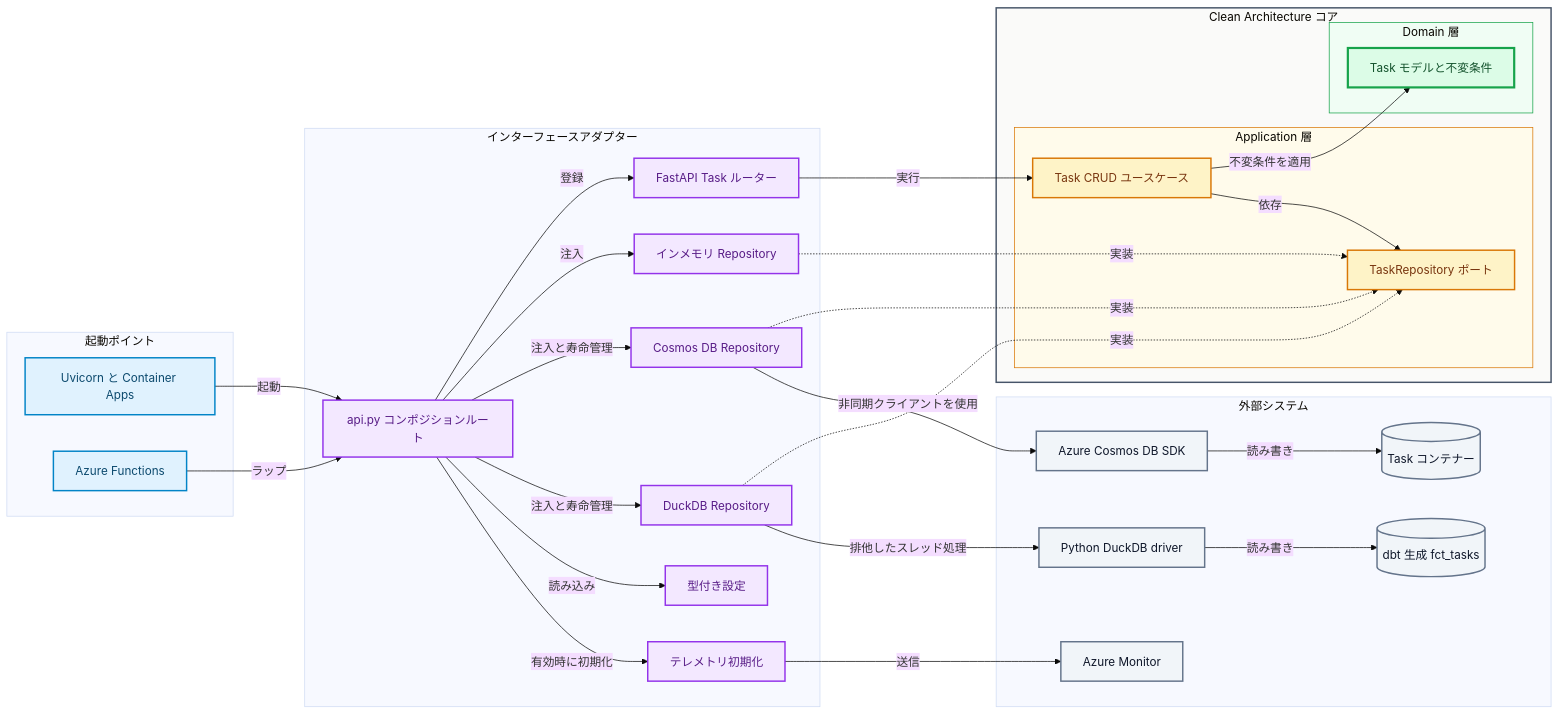
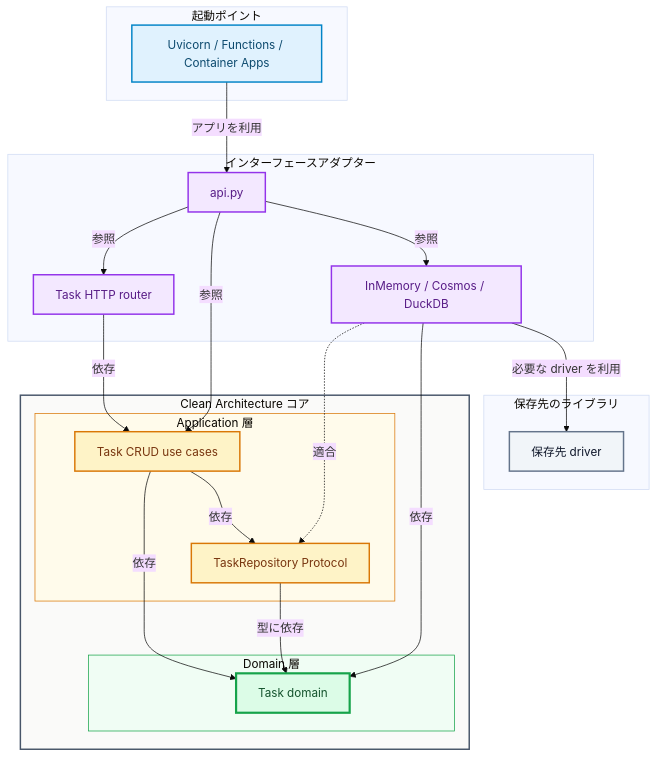
The first of 3 diagrams in docs/architecture/index.ja.md (ks6088ts-labs/template-azure-python), drawn with Mermaid (base theme) before and after one commit. The commit also changed other lines of this file and 9 other files, not shown here.

First line of the commit message:
Enhance documentation for DuckDB and Cosmos integration

````diff
--- a/docs/architecture/index.ja.md
+++ b/docs/architecture/index.ja.md
@@ -35,69 +42,49 @@
 ```mermaid
-flowchart LR
+flowchart TD
     subgraph ApiEntrypoints["起動ポイント"]
-        launcher["Uvicorn と Container Apps"]
-        functions["Azure Functions"]
+        entry["Uvicorn / Functions / Container Apps"]
+    end
+    subgraph ApiOuter["インターフェースアダプター"]
+        api["api.py"]
+        http["Task HTTP router"]
+        repos["InMemory / Cosmos / DuckDB"]
+    end
+    subgraph ApiCore["Clean Architecture コア"]
+        subgraph ApiApplication["Application 層"]
+            usecases["Task CRUD use cases"]
+            port["TaskRepository Protocol"]
+        end
+        subgraph ApiDomain["Domain 層"]
+            domain["Task domain"]
+        end
+    end
+    subgraph ApiExternal["保存先のライブラリ"]
+        drivers["保存先 driver"]
     end
 
-    subgraph ApiOuter["インターフェースアダプター"]
-        api["api.py コンポジションルート"]
-        http["FastAPI Task ルーター"]
-        memory["インメモリ Repository"]
-        cosmos["Cosmos DB Repository"]
-        duck["DuckDB Repository"]
-        telemetry["テレメトリ初期化"]
-        settings["型付き設定"]
-    end
-
-    subgraph ApiCore["Clean Architecture コア"]
-        subgraph ApiApplication["Application 層"]
-            usecases["Task CRUD ユースケース"]
-            port["TaskRepository ポート"]
-        end
-        subgraph ApiDomain["Domain 層"]
-            domain["Task モデルと不変条件"]
-        end
-    end
-
-    subgraph ApiExternal["外部システム"]
-        cosmossdk["Azure Cosmos DB SDK"]
-        data[("Task コンテナー")]
-        duckdriver["Python DuckDB driver"]
-        duckdata[("dbt 生成 fct_tasks")]
-        monitor["Azure Monitor"]
-    end
-
-    launcher -->|"起動"| api
-    functions -->|"ラップ"| api
-    api -->|"登録"| http
-    http -->|"実行"| usecases
-    usecases -->|"不変条件を適用"| domain
+    entry -->|"アプリを利用"| api
+    api -->|"参照"| http
+    api -->|"参照"| usecases
+    api -->|"参照"| repos
+    http -->|"依存"| usecases
+    usecases -->|"依存"| domain
     usecases -->|"依存"| port
-    api -->|"注入"| memory
-    api -->|"注入と寿命管理"| cosmos
-    api -->|"注入と寿命管理"| duck
-    memory -.->|"実装"| port
-    cosmos -.->|"実装"| port
-    duck -.->|"実装"| port
-    cosmos -->|"非同期クライアントを使用"| cosmossdk
-    cosmossdk -->|"読み書き"| data
-    duck -->|"排他したスレッド処理"| duckdriver
-    duckdriver -->|"読み書き"| duckdata
-    api -->|"読み込み"| settings
-    api -->|"有効時に初期化"| telemetry
-    telemetry -->|"送信"| monitor
+    port -->|"型に依存"| domain
+    repos -.->|"適合"| port
+    repos -->|"依存"| domain
+    repos -->|"必要な driver を利用"| drivers
 
     classDef entry fill:#E0F2FE,stroke:#0284C7,color:#0C4A6E,stroke-width:2px
     classDef adapter fill:#F3E8FF,stroke:#9333EA,color:#581C87,stroke-width:2px
     classDef application fill:#FEF3C7,stroke:#D97706,color:#78350F,stroke-width:2px
     classDef domain fill:#DCFCE7,stroke:#16A34A,color:#14532D,stroke-width:3px
     classDef external fill:#F1F5F9,stroke:#64748B,color:#0F172A,stroke-width:2px
-    class launcher,functions entry
-    class api,http,memory,cosmos,duck,telemetry,settings adapter
+    class entry entry
+    class api,http,repos adapter
     class usecases,port application
     class domain domain
-    class cosmossdk,data,duckdriver,duckdata,monitor external
+    class drivers external
     style ApiCore fill:#FAFAF9,stroke:#475569,stroke-width:2px
     style ApiApplication fill:#FFFBEB,stroke:#D97706,stroke-width:1px
     style ApiDomain fill:#F0FDF4,stroke:#16A34A,stroke-width:1px
 ```
````
